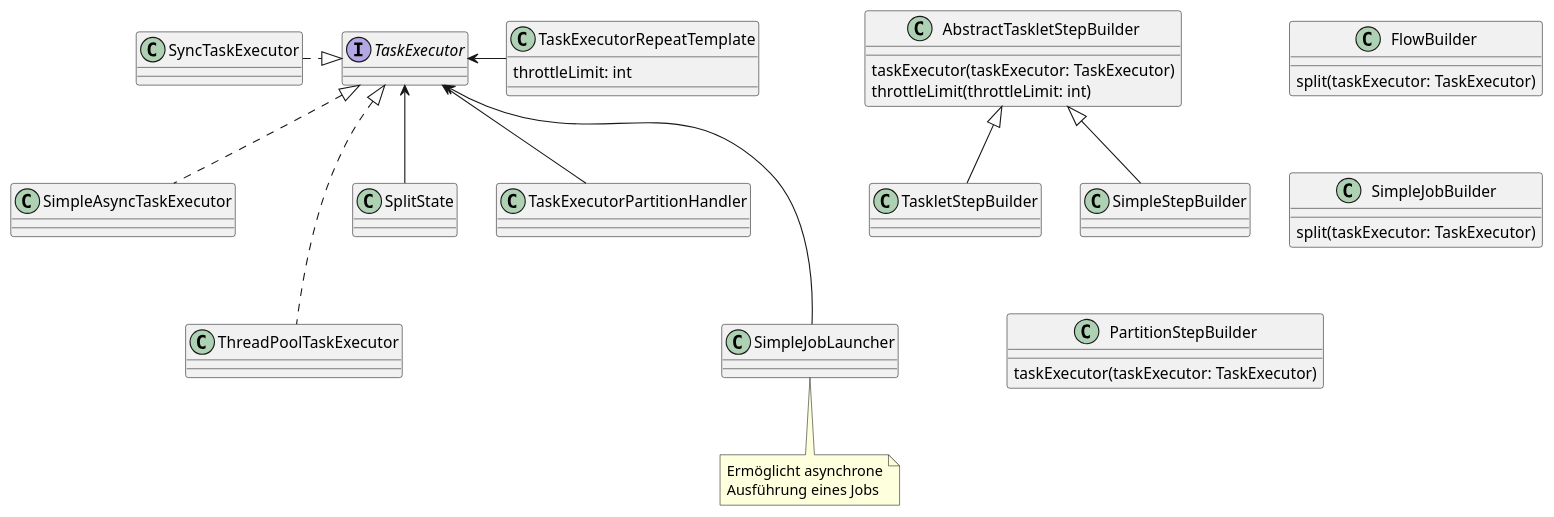
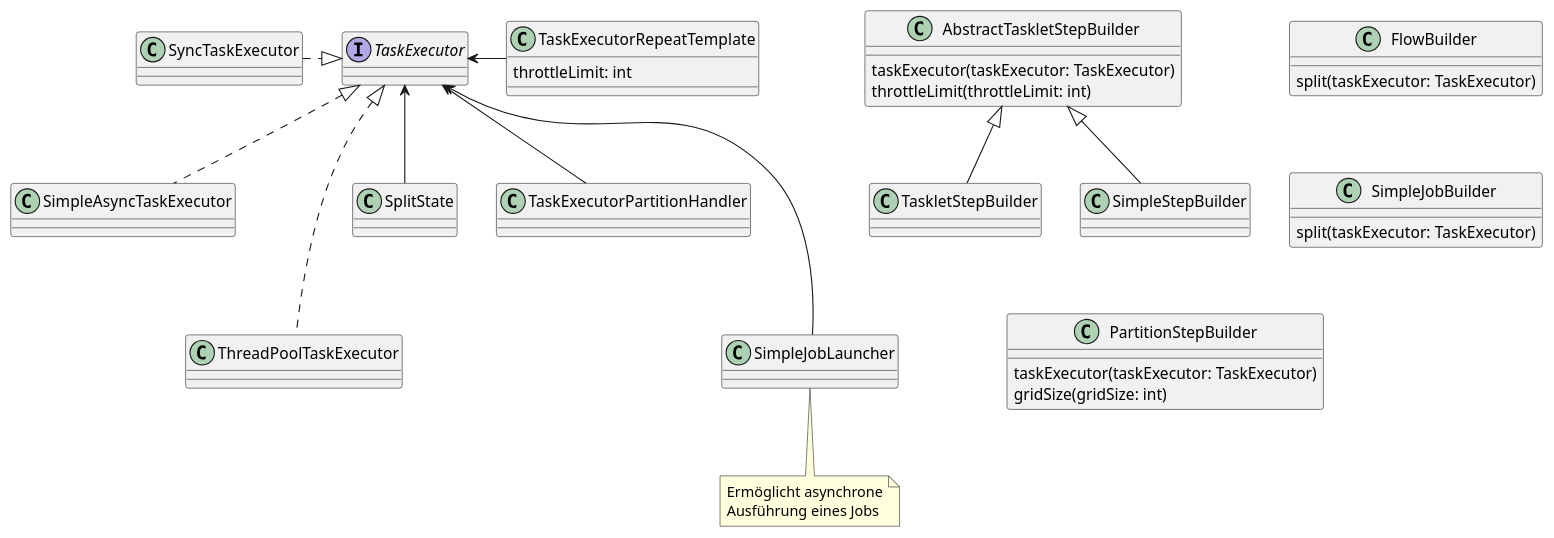
Before and after one commit to goldschmiede/2019-06-28-Spring-Batch: the diagram in slides/src/docs/asciidoc/parallel.adoc, drawn with PlantUML. The commit also changed 3 other files, not shown here.

```diff
--- a/slides/src/docs/asciidoc/parallel.adoc
+++ b/slides/src/docs/asciidoc/parallel.adoc
@@ -33,44 +33,45 @@
 [plantuml, BatchConfigurer, svg, width=1800]
 ....
 interface TaskExecutor
 SyncTaskExecutor .|> TaskExecutor
 TaskExecutor <|.. SimpleAsyncTaskExecutor
 TaskExecutor <|... ThreadPoolTaskExecutor
 
 class TaskExecutorRepeatTemplate {
     throttleLimit: int
 }
 
 TaskExecutor <- TaskExecutorRepeatTemplate
 TaskExecutor <-- SplitState
 TaskExecutor <-- TaskExecutorPartitionHandler
 TaskExecutor <--- SimpleJobLauncher
 note bottom
 Ermöglicht asynchrone
 Ausführung eines Jobs
 end note
 
 class AbstractTaskletStepBuilder {
     taskExecutor(taskExecutor: TaskExecutor)
     throttleLimit(throttleLimit: int)
 }
 
 AbstractTaskletStepBuilder <|-- TaskletStepBuilder
 AbstractTaskletStepBuilder <|-- SimpleStepBuilder
 
 class PartitionStepBuilder {
     taskExecutor(taskExecutor: TaskExecutor)
+    gridSize(gridSize: int)
 }
 
 SimpleStepBuilder <-[hidden]- PartitionStepBuilder
 
 class FlowBuilder {
     split(taskExecutor: TaskExecutor)
 }
 
 class SimpleJobBuilder {
     split(taskExecutor: TaskExecutor)
 }
 
 FlowBuilder <-[hidden]- SimpleJobBuilder 
 ....
```
